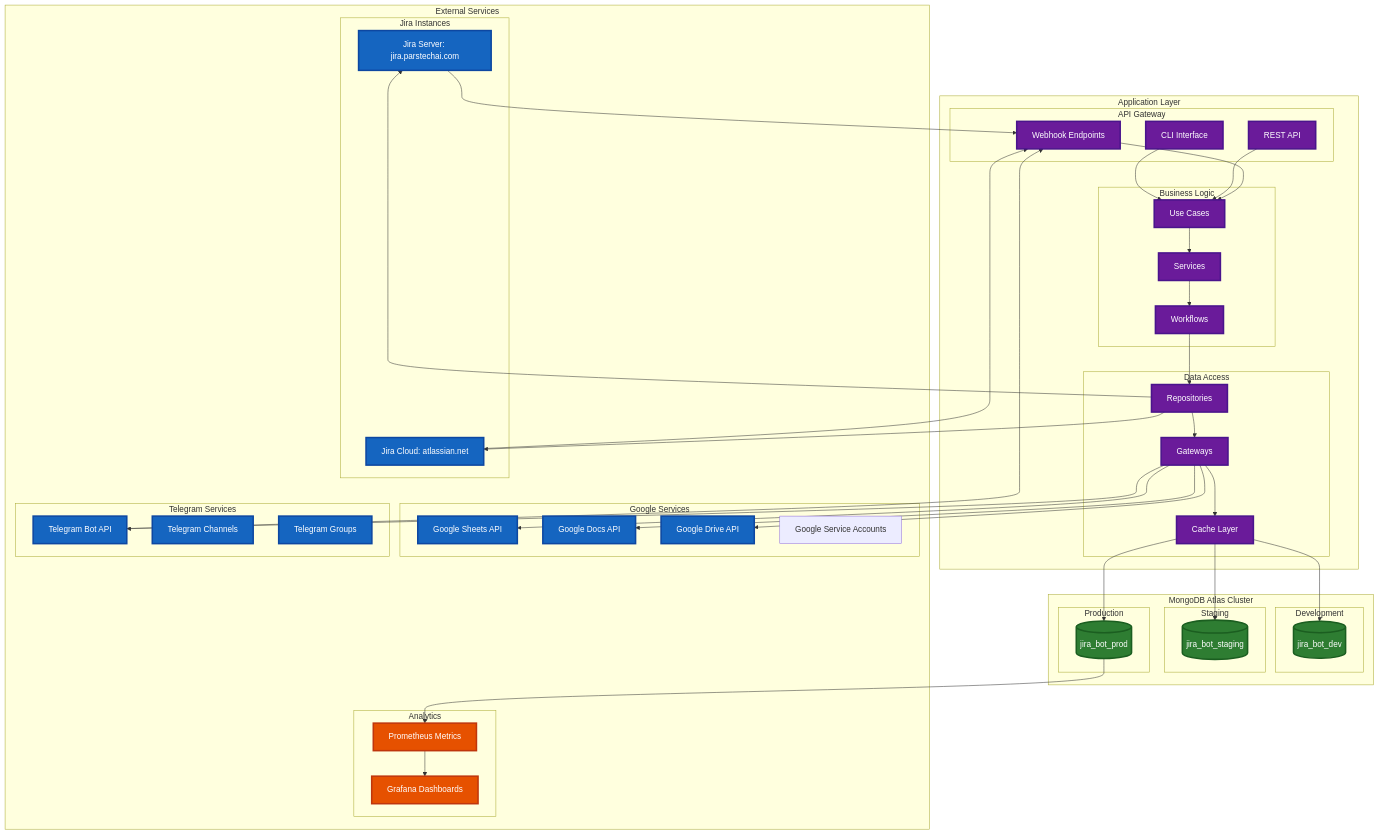
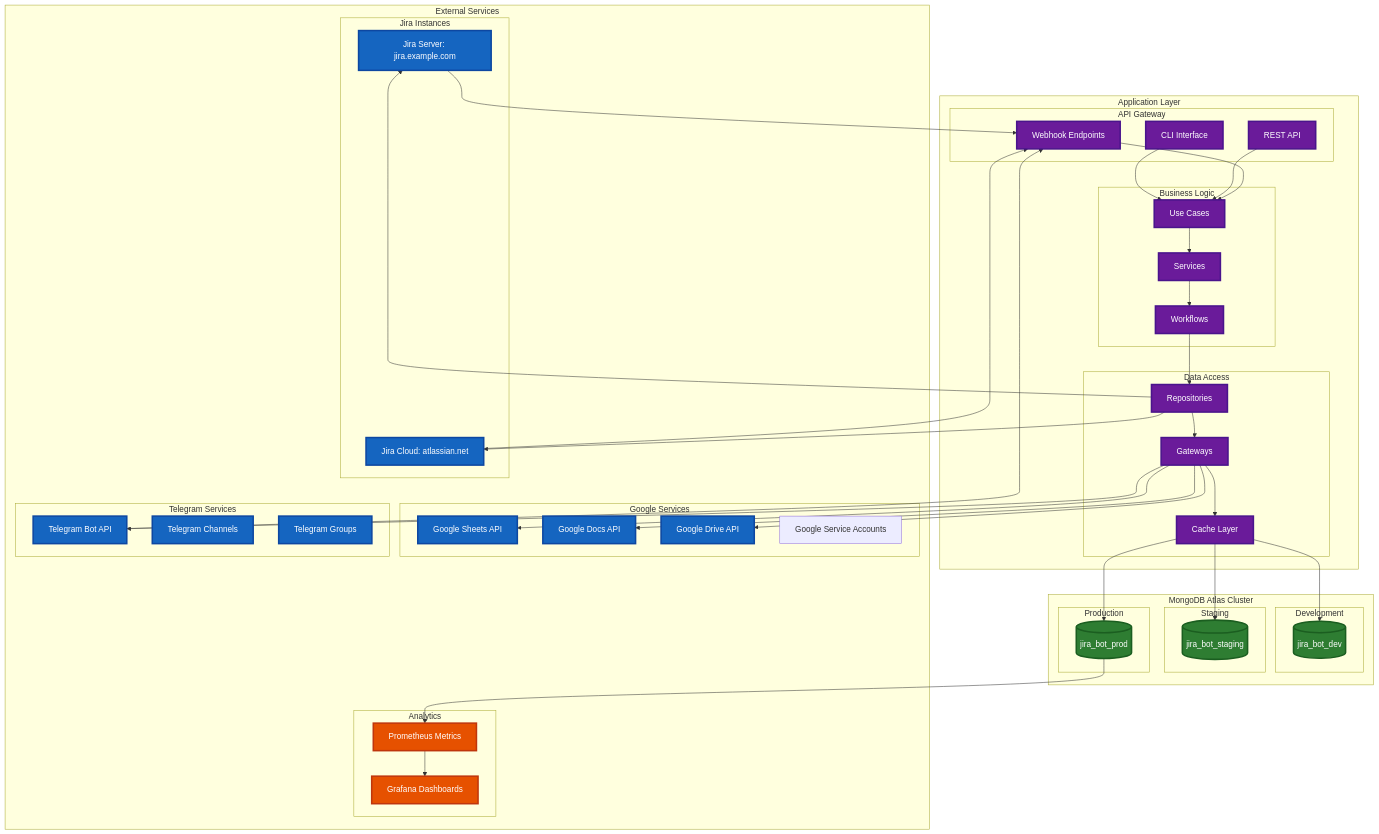
One commit to alikaz3mi/jira-telegram-bot changed the first of 8 diagrams in docs/infrastructure/mongodb/mongodb-architecture-diagrams.md. Above: the diagram before and after it, drawn with Mermaid. The commit also changed other lines of this file and 80 other files, not shown here.

```diff
--- a/docs/infrastructure/mongodb/mongodb-architecture-diagrams.md
+++ b/docs/infrastructure/mongodb/mongodb-architecture-diagrams.md
@@ -9,7 +9,7 @@
 graph TB
     subgraph "External Services"
         subgraph "Jira Instances"
-            JS[Jira Server: jira.parstechai.com]
+            JS[Jira Server: jira.example.com]
             JC[Jira Cloud: atlassian.net]
         end
 
```
